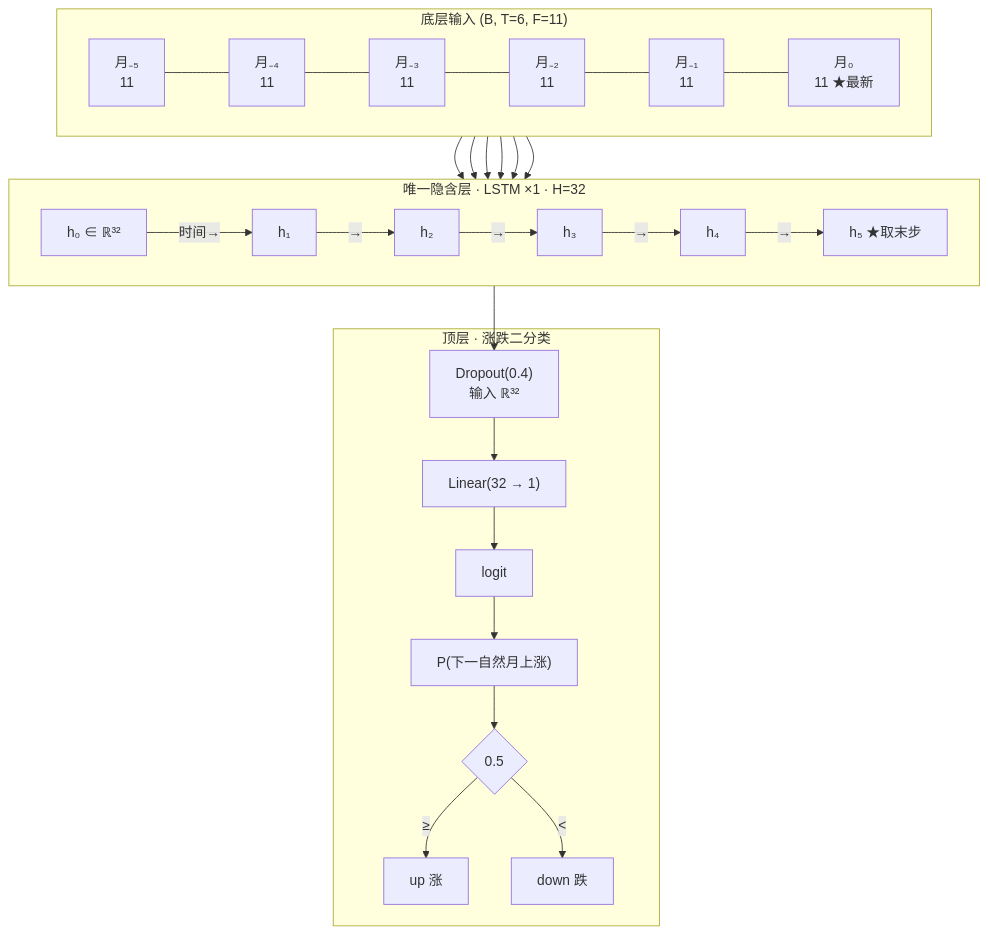
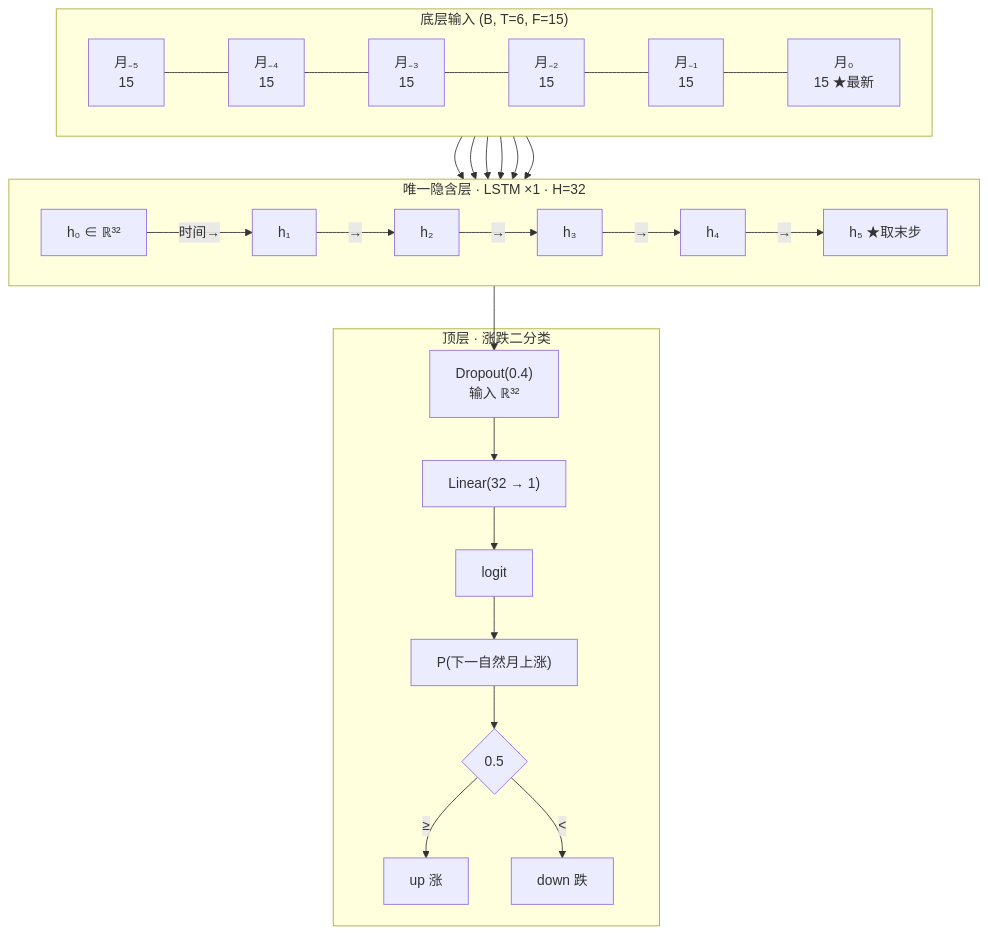
Before and after one commit to fanqingsong/stock_predictive: the ninth of 11 diagrams in docs/model-architecture.md, drawn with Mermaid. The commit also changed other lines of this file and 7 other files, not shown here.

First line of the commit message:
Add market-benchmark relative features and bump feature schema to v6-scale.

````diff
--- a/docs/model-architecture.md
+++ b/docs/model-architecture.md
@@ -421,29 +421,29 @@
 ```mermaid
 flowchart TB
-  subgraph IN ["底层输入 (B, T=6, F=11)"]
+  subgraph IN ["底层输入 (B, T=6, F=15)"]
     direction LR
-    I0["月₋₅<br/>11"] --- I1["月₋₄<br/>11"] --- I2["月₋₃<br/>11"] --- I3["月₋₂<br/>11"] --- I4["月₋₁<br/>11"] --- I5["月₀<br/>11 ★最新"]
+    I0["月₋₅<br/>15"] --- I1["月₋₄<br/>15"] --- I2["月₋₃<br/>15"] --- I3["月₋₂<br/>15"] --- I4["月₋₁<br/>15"] --- I5["月₀<br/>15 ★最新"]
   end
 
   subgraph H1 ["唯一隐含层 · LSTM ×1 · H=32"]
     direction LR
     A0["h₀ ∈ ℝ³²"] -->|时间→| A1["h₁"] -->|→| A2["h₂"] -->|→| A3["h₃"] -->|→| A4["h₄"] -->|→| A5["h₅ ★取末步"]
   end
 
   subgraph CLS ["顶层 · 涨跌二分类"]
     DO["Dropout(0.4)<br/>输入 ℝ³²"] --> FC["Linear(32 → 1)"]
     FC --> LOG["logit"]
     LOG --> SIG["P(下一自然月上涨)"]
     SIG --> DEC{"0.5"}
     DEC -->|≥| UP["up 涨"]
     DEC -->|<| DN["down 跌"]
   end
 
   I0 --> A0
   I1 --> A1
   I2 --> A2
   I3 --> A3
   I4 --> A4
   I5 --> A5
   A5 --> DO
 ```
````
